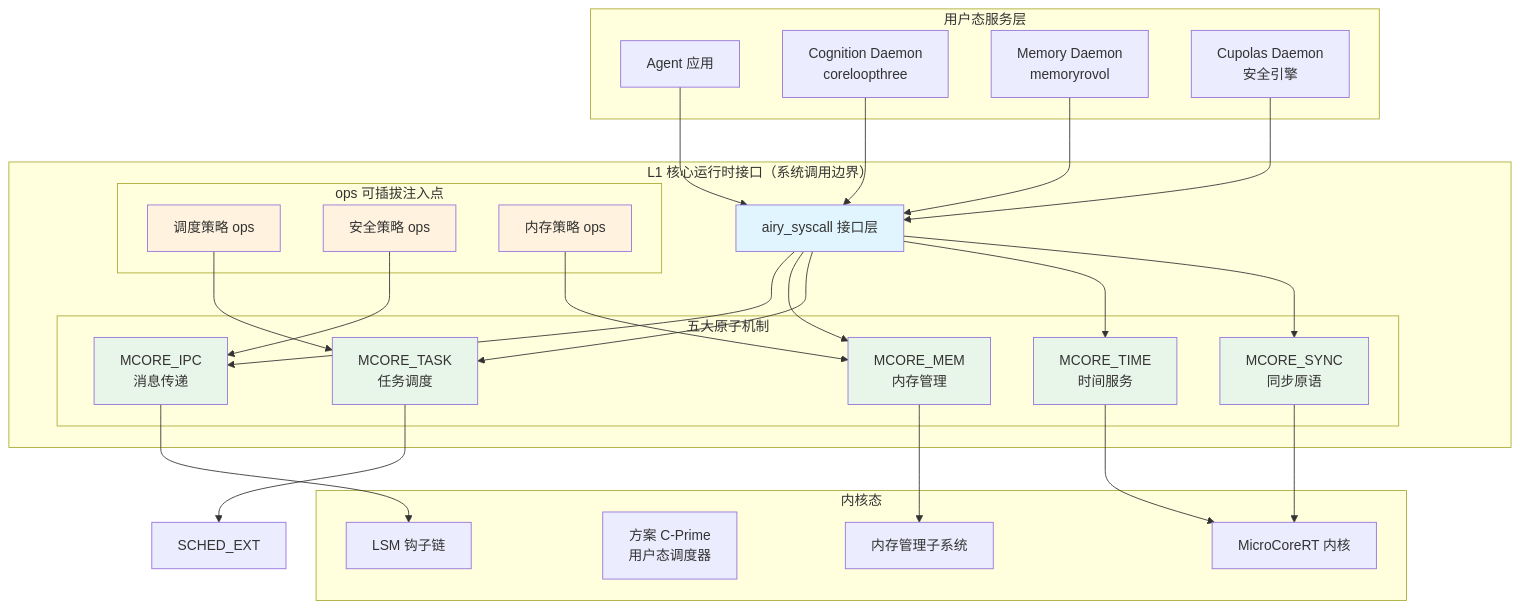
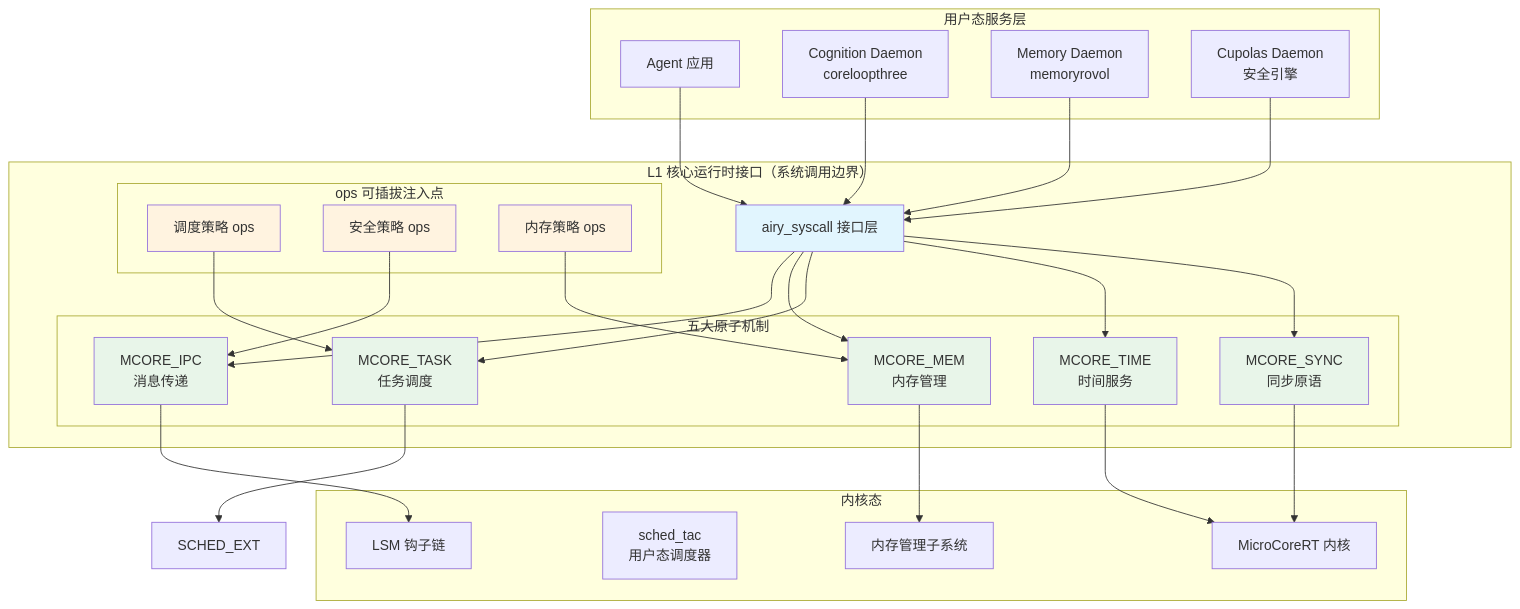
Before and after one commit to openairymax/docs-linux: the first of 6 diagrams in 50-engineering-standards/30-runtime-interfaces/runtime_interfaces.md, drawn with Mermaid. The commit also changed other lines of this file and 181 other files, not shown here.

Commit message:
docs: 批量更新文档中的IRON-9版本与调度器命名 1. 将所有IRON-9 v2引用升级为IRON-9 v3，统一四层共享模型版本号 2. 将方案C-Prime、AIRY_SCHED_AGENT相关表述替换为sched_tac、stc_agent 3. 更新OpenStandards/README.md的许可证信息为CC-BY-4.0

````diff
--- a/50-engineering-standards/30-runtime-interfaces/runtime_interfaces.md
+++ b/50-engineering-standards/30-runtime-interfaces/runtime_interfaces.md
@@ -74,65 +74,65 @@
 ```mermaid
 graph TB
     subgraph "用户态服务层"
         US1["Agent 应用"]
         US2["Cognition Daemon<br/>coreloopthree"]
         US3["Memory Daemon<br/>memoryrovol"]
         US4["Cupolas Daemon<br/>安全引擎"]
     end
     
     subgraph "L1 核心运行时接口（系统调用边界）"
         SYSCALL["airy_syscall 接口层"]
         
         subgraph "五大原子机制"
             IPC["MCORE_IPC<br/>消息传递"]
             MEM["MCORE_MEM<br/>内存管理"]
             TASK["MCORE_TASK<br/>任务调度"]
             TIME["MCORE_TIME<br/>时间服务"]
             SYNC["MCORE_SYNC<br/>同步原语"]
         end
         
         subgraph "ops 可插拔注入点"
             SCHED_OPS["调度策略 ops"]
             SEC_OPS["安全策略 ops"]
             MEM_OPS["内存策略 ops"]
         end
     end
     
     subgraph "内核态"
         KERNEL["MicroCoreRT 内核"]
-        USER_SCHED["方案 C-Prime<br/>用户态调度器"]
+        USER_SCHED["sched_tac<br/>用户态调度器"]
         LSM["LSM 钩子链"]
         MM["内存管理子系统"]
     end
     
     US1 --> SYSCALL
     US2 --> SYSCALL
     US3 --> SYSCALL
     US4 --> SYSCALL
     
     SYSCALL --> IPC
     SYSCALL --> MEM
     SYSCALL --> TASK
     SYSCALL --> TIME
     SYSCALL --> SYNC
     
     SCHED_OPS --> TASK
     SEC_OPS --> IPC
     MEM_OPS --> MEM
     
     TASK --> SCHED_EXT
     IPC --> LSM
     MEM --> MM
     TIME --> KERNEL
     SYNC --> KERNEL
     
     style SYSCALL fill:#e1f5fe
     style IPC fill:#e8f5e9
     style MEM fill:#e8f5e9
     style TASK fill:#e8f5e9
     style TIME fill:#e8f5e9
     style SYNC fill:#e8f5e9
     style SCHED_OPS fill:#fff3e0
     style SEC_OPS fill:#fff3e0
     style MEM_OPS fill:#fff3e0
 ```
````
